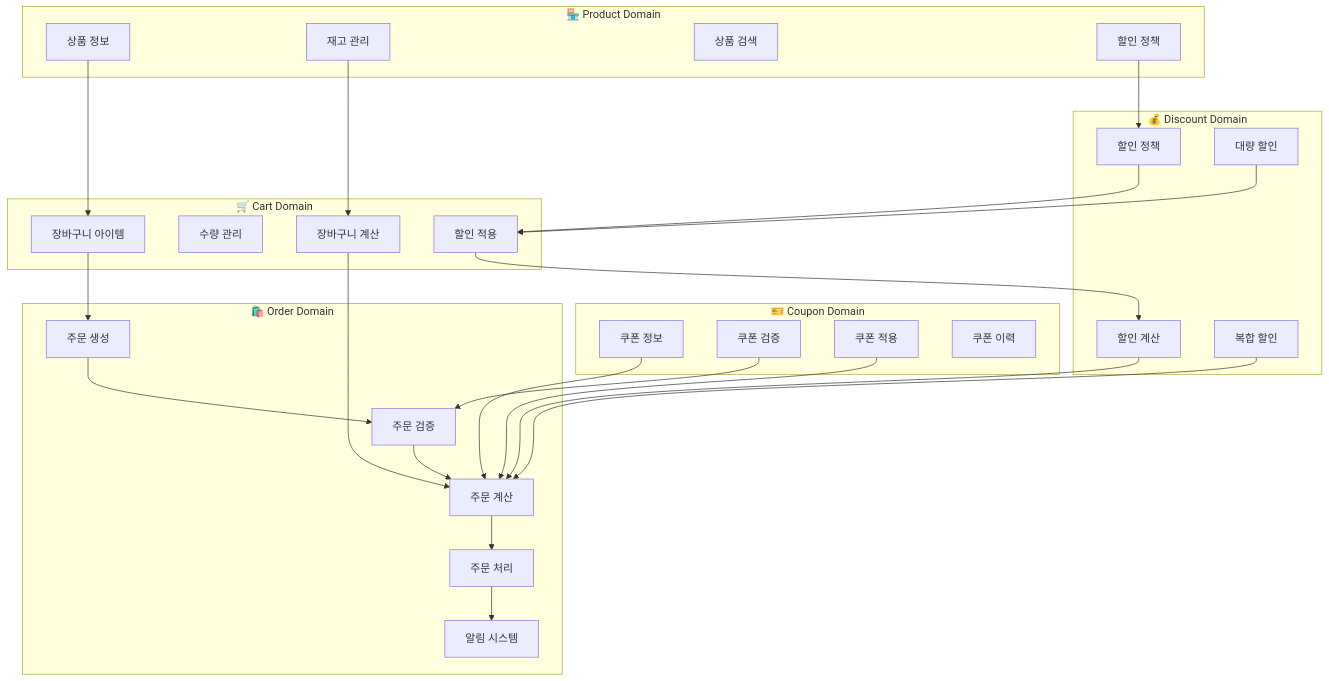
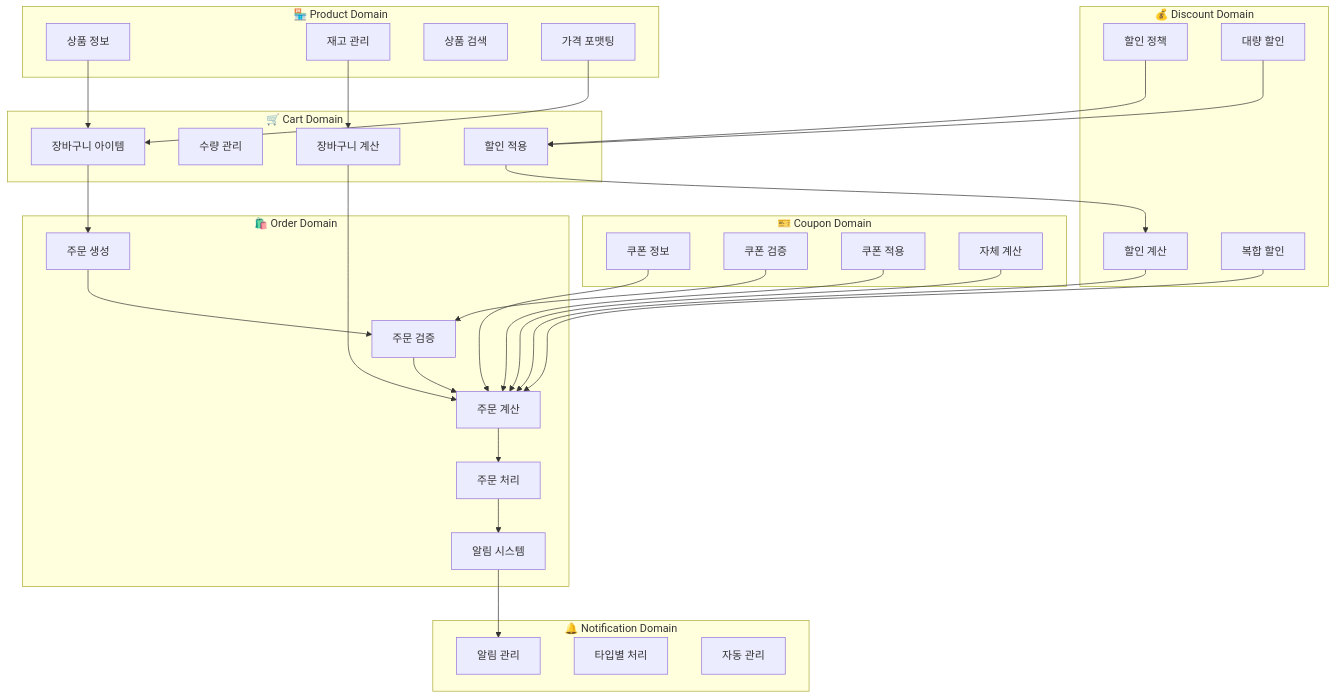
The first of 4 diagrams in docs/bounded-context-analysis.md (BBAK-jun/front_6th_chapter2-2), drawn with Mermaid before and after one commit. The commit also changed other lines of this file and 1 other file, not shown here.

````diff
--- a/docs/bounded-context-analysis.md
+++ b/docs/bounded-context-analysis.md
@@ -200,51 +245,58 @@
 ```mermaid
 graph TB
     subgraph "🏪 Product Domain"
         P1[상품 정보]
         P2[재고 관리]
         P3[상품 검색]
-        P4[할인 정책]
+        P4[가격 포맷팅]
     end
     subgraph "🛒 Cart Domain"
         C1[장바구니 아이템]
         C2[수량 관리]
         C3[장바구니 계산]
         C4[할인 적용]
     end
     subgraph "🎫 Coupon Domain"
         CP1[쿠폰 정보]
         CP2[쿠폰 검증]
         CP3[쿠폰 적용]
-        CP4[쿠폰 이력]
+        CP4[자체 계산]
     end
     subgraph "💰 Discount Domain"
         D1[할인 정책]
         D2[할인 계산]
         D3[대량 할인]
         D4[복합 할인]
     end
     subgraph "🛍️ Order Domain"
         O1[주문 생성]
         O2[주문 검증]
         O3[주문 계산]
         O4[주문 처리]
         O5[알림 시스템]
     end
+    subgraph "🔔 Notification Domain"
+        N1[알림 관리]
+        N2[타입별 처리]
+        N3[자동 관리]
+    end
     P1 --> C1
     P2 --> C3
-    P4 --> D1
+    P4 --> C1
     C1 --> O1
     C3 --> O3
     C4 --> D2
     CP1 --> O3
     CP2 --> O2
     CP3 --> O3
+    CP4 --> O3
     D1 --> C4
     D2 --> O3
     D3 --> C4
     D4 --> O3
     O1 --> O2
     O2 --> O3
     O3 --> O4
     O4 --> O5
+    O5 --> N1
 ```
````
